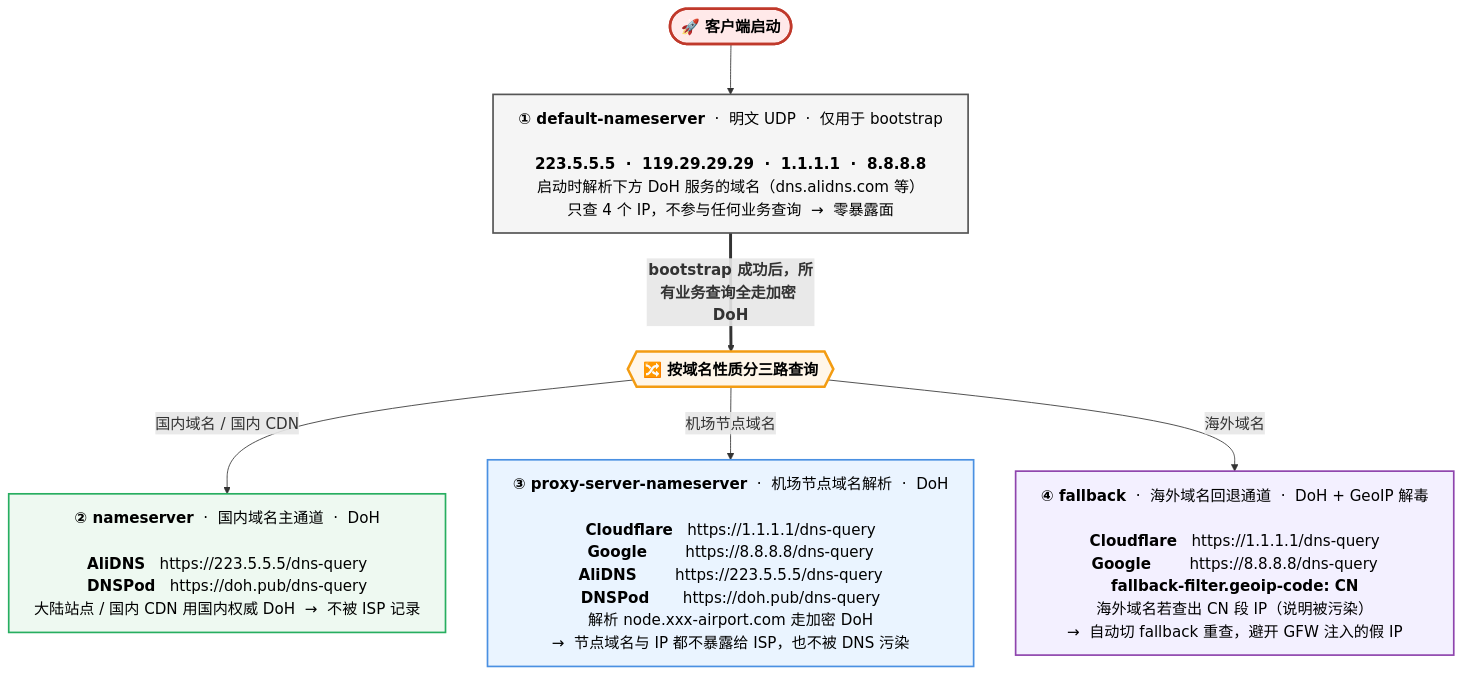
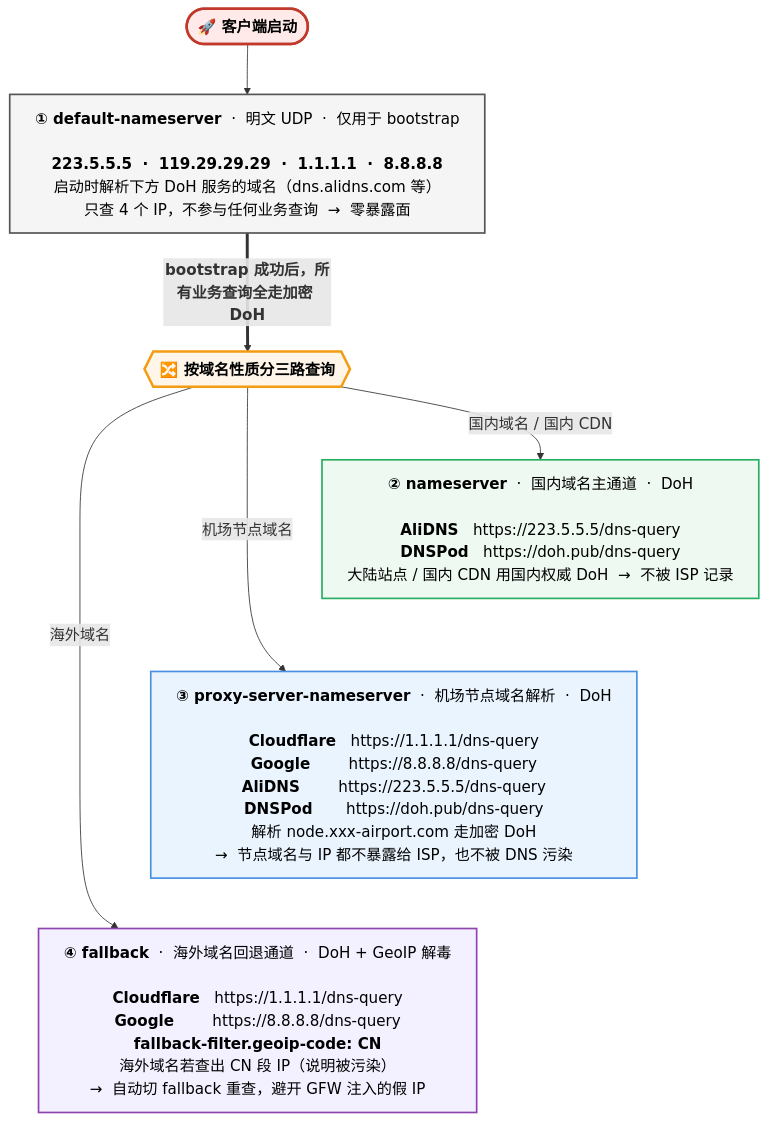
Before and after one commit to IvanSolis1989/Smart-Config-Kit: the third of 3 diagrams in README.md, drawn with Mermaid.

Commit message:
docs(readme): DNS 图把 ② ③ ④ 三路改为竖列布局
用 mermaid 的 ~~~ 隐形边（L2 ~~~ L3 ~~~ L4）强制三条 DoH 通道落在不同的
rank 上，由并排改为竖列堆叠；Gate 仍以带标签的可见箭头分别指向三者，通过
连线显示"同一分流节点的三个分支"语义，视觉纵深更清晰。

````diff
--- a/README.md
+++ b/README.md
@@ -261,37 +261,39 @@
 ```mermaid
 ---
 config:
   flowchart:
     htmlLabels: true
     wrappingWidth: 1000
     nodeSpacing: 50
     rankSpacing: 60
   themeVariables:
     fontSize: 18px
 ---
 flowchart TB
     Start(["<b>🚀 客户端启动</b>"])
 
     L1["<b>① default-nameserver</b> &nbsp;·&nbsp; 明文 UDP &nbsp;·&nbsp; 仅用于 bootstrap<br/><br/><b>223.5.5.5 &nbsp;·&nbsp; 119.29.29.29 &nbsp;·&nbsp; 1.1.1.1 &nbsp;·&nbsp; 8.8.8.8</b><br/>启动时解析下方 DoH 服务的域名（dns.alidns.com 等）<br/>只查 4 个 IP，不参与任何业务查询 &nbsp;→&nbsp; 零暴露面"]
 
     Gate{{"<b>🔀 按域名性质分三路查询</b>"}}
 
     L2["<b>② nameserver</b> &nbsp;·&nbsp; 国内域名主通道 &nbsp;·&nbsp; DoH<br/><br/><b>AliDNS</b> &nbsp; https://223.5.5.5/dns-query<br/><b>DNSPod</b> &nbsp; https://doh.pub/dns-query<br/>大陆站点 / 国内 CDN 用国内权威 DoH &nbsp;→&nbsp; 不被 ISP 记录"]
 
     L3["<b>③ proxy-server-nameserver</b> &nbsp;·&nbsp; 机场节点域名解析 &nbsp;·&nbsp; DoH<br/><br/><b>Cloudflare</b> &nbsp; https://1.1.1.1/dns-query<br/><b>Google</b> &nbsp;&nbsp;&nbsp;&nbsp;&nbsp;&nbsp; https://8.8.8.8/dns-query<br/><b>AliDNS</b> &nbsp;&nbsp;&nbsp;&nbsp;&nbsp;&nbsp; https://223.5.5.5/dns-query<br/><b>DNSPod</b> &nbsp;&nbsp;&nbsp;&nbsp;&nbsp; https://doh.pub/dns-query<br/>解析 node.xxx-airport.com 走加密 DoH<br/>→&nbsp; 节点域名与 IP 都不暴露给 ISP，也不被 DNS 污染"]
 
     L4["<b>④ fallback</b> &nbsp;·&nbsp; 海外域名回退通道 &nbsp;·&nbsp; DoH + GeoIP 解毒<br/><br/><b>Cloudflare</b> &nbsp; https://1.1.1.1/dns-query<br/><b>Google</b> &nbsp;&nbsp;&nbsp;&nbsp;&nbsp;&nbsp; https://8.8.8.8/dns-query<br/><b>fallback-filter.geoip-code: CN</b><br/>海外域名若查出 CN 段 IP（说明被污染）<br/>→&nbsp; 自动切 fallback 重查，避开 GFW 注入的假 IP"]
 
     Start --> L1
     L1 ==>|"<b>bootstrap 成功后，所有业务查询全走加密 DoH</b>"| Gate
     Gate -->|"国内域名 / 国内 CDN"| L2
     Gate -->|"机场节点域名"| L3
     Gate -->|"海外域名"| L4
+    L2 ~~~ L3
+    L3 ~~~ L4
 
     style Start fill:#FFE9E9,stroke:#C0392B,stroke-width:3px,color:#000
     style L1 fill:#F5F5F5,stroke:#555,stroke-width:2px,color:#000
     style Gate fill:#FFF6E9,stroke:#F39C12,stroke-width:3px,color:#000
     style L2 fill:#EEF9F1,stroke:#27AE60,stroke-width:2px,color:#000
     style L3 fill:#EAF4FF,stroke:#4A90E2,stroke-width:2px,color:#000
     style L4 fill:#F3F0FF,stroke:#8E44AD,stroke-width:2px,color:#000
 ```
````
